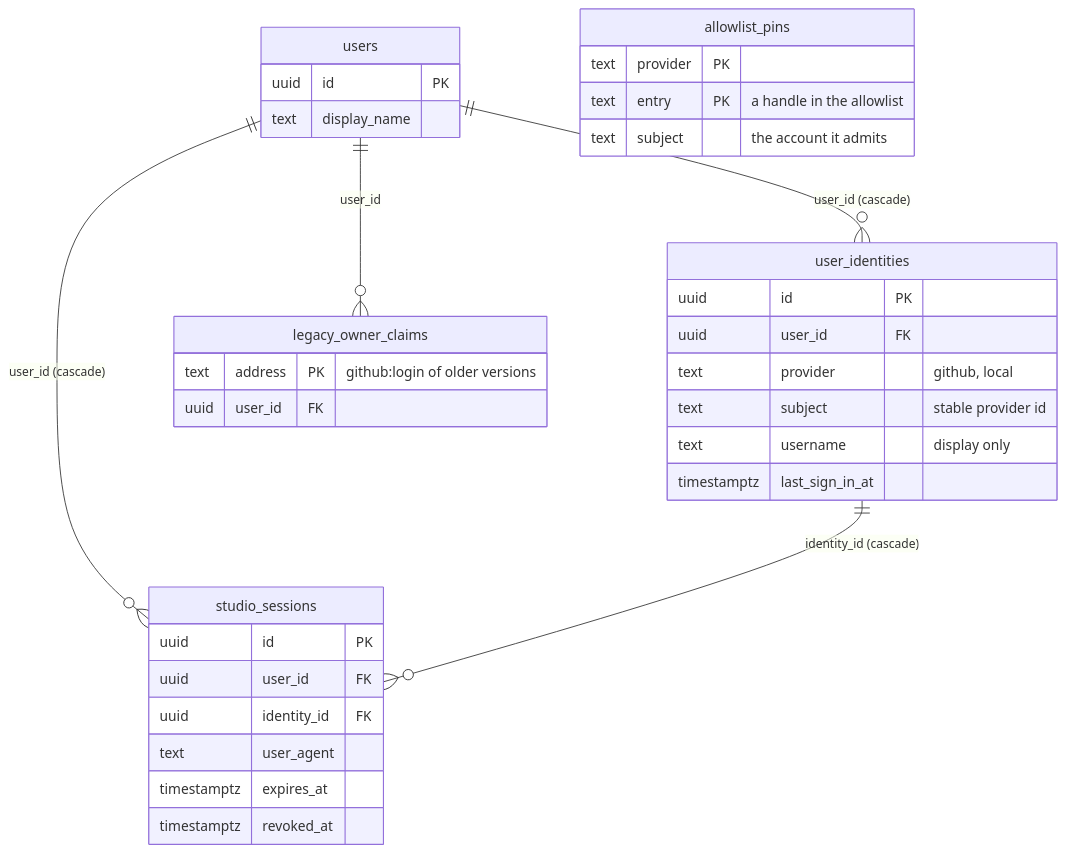
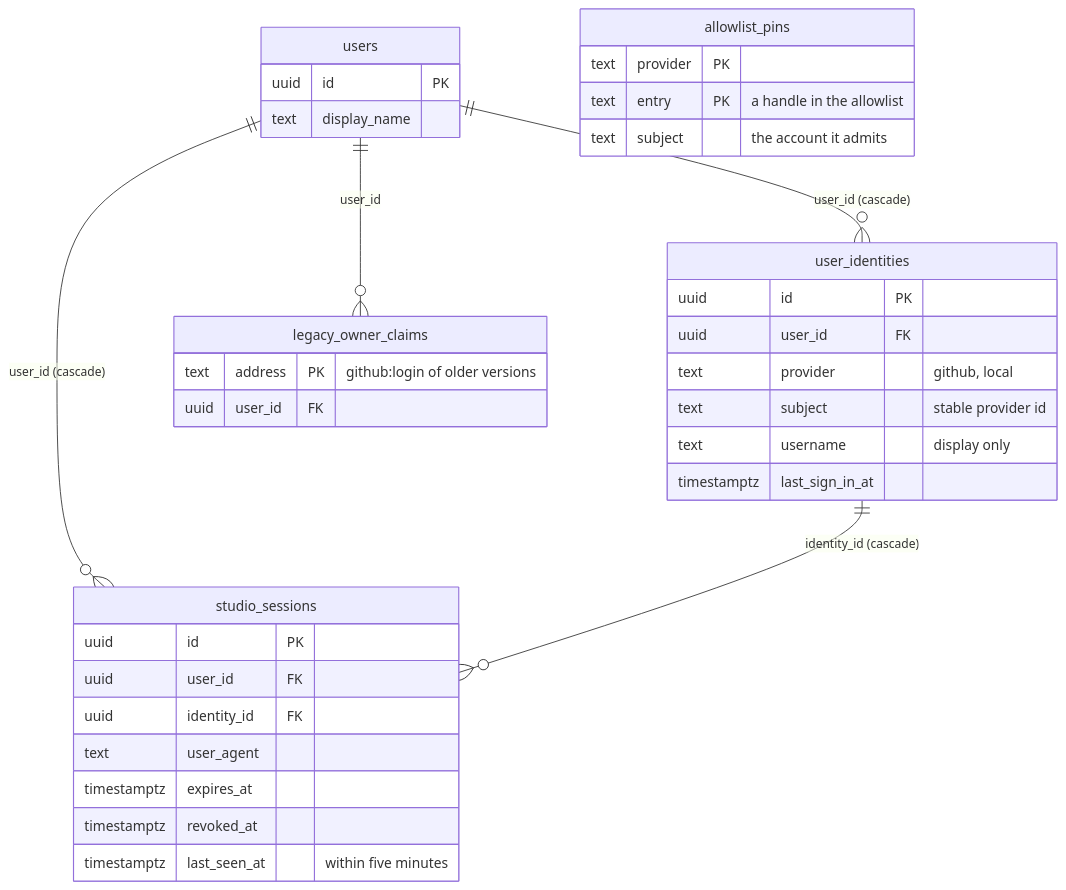
One commit to justmert/Sluby changed the second of 4 diagrams in docs/architecture/data-model.md. Above: the diagram before and after it, drawn with Mermaid. The commit also changed other lines of this file and 8 other files, not shown here.

````diff
--- a/docs/architecture/data-model.md
+++ b/docs/architecture/data-model.md
@@ -111,38 +120,39 @@
 ```mermaid
 erDiagram
   direction TB
   users ||--o{ user_identities : "user_id (cascade)"
   users ||--o{ studio_sessions : "user_id (cascade)"
   user_identities ||--o{ studio_sessions : "identity_id (cascade)"
   users ||--o{ legacy_owner_claims : "user_id"
 
   users {
     uuid id PK
     text display_name
   }
   user_identities {
     uuid id PK
     uuid user_id FK
     text provider "github, local"
     text subject "stable provider id"
     text username "display only"
     timestamptz last_sign_in_at
   }
   studio_sessions {
     uuid id PK
     uuid user_id FK
     uuid identity_id FK
     text user_agent
     timestamptz expires_at
     timestamptz revoked_at
+    timestamptz last_seen_at "within five minutes"
   }
   legacy_owner_claims {
     text address PK "github:login of older versions"
     uuid user_id FK
   }
   allowlist_pins {
     text provider PK
     text entry PK "a handle in the allowlist"
     text subject "the account it admits"
   }
 ```
````
